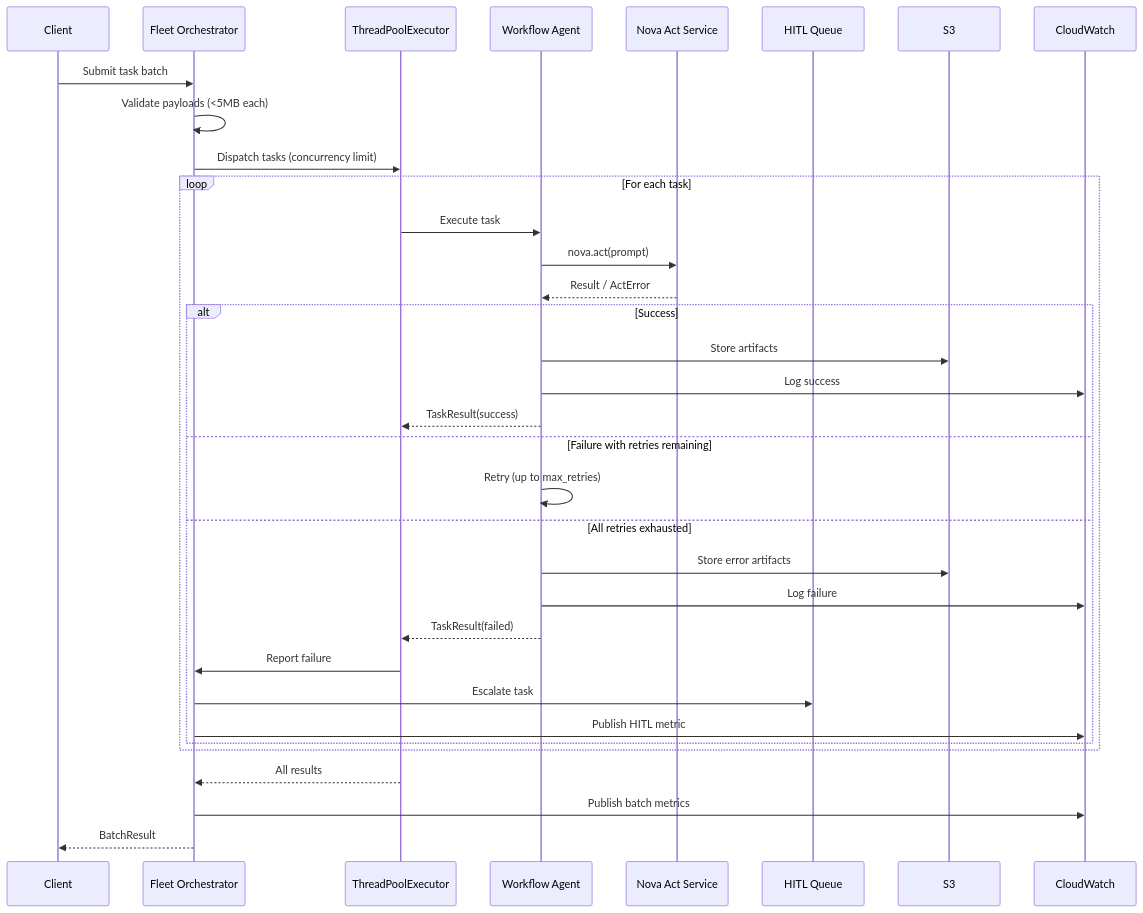
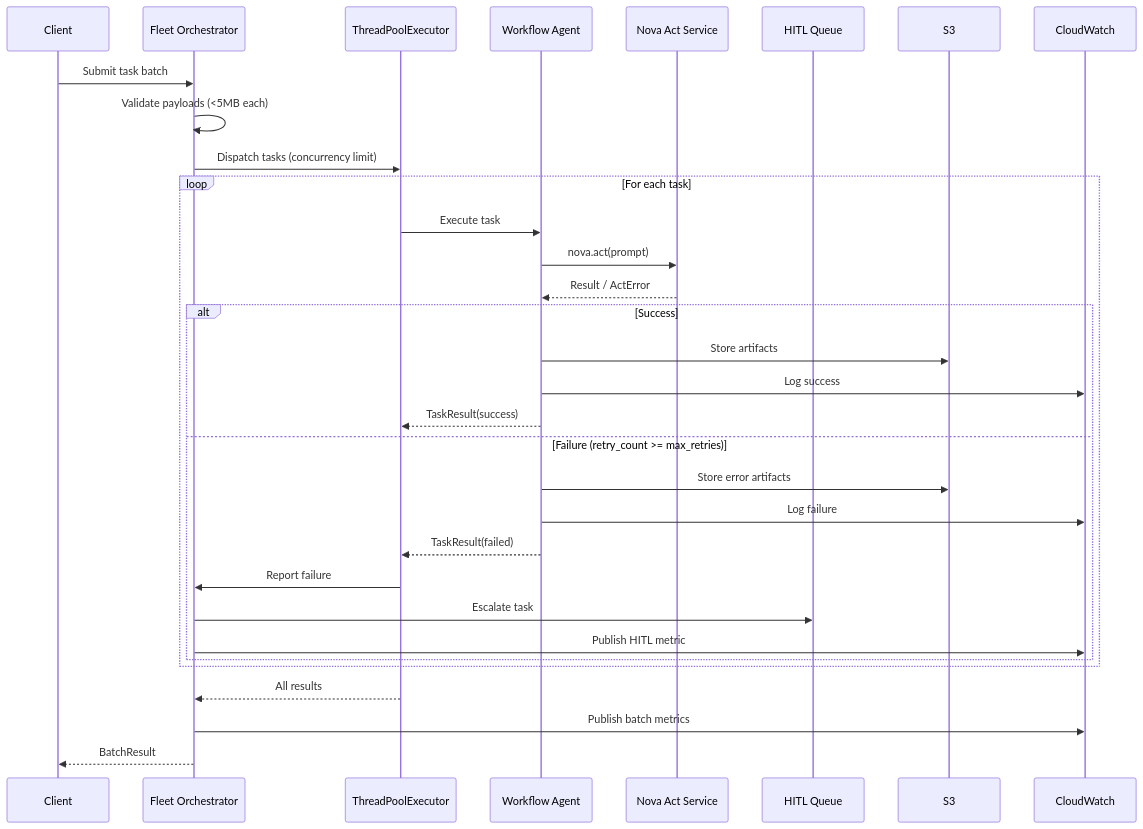
The third of 4 diagrams in docs/architecture.md (aws-samples/sample-nova-act-fleet-ecs-fargate), drawn with Mermaid before and after one commit. The commit also changed other lines of this file and 24 other files, not shown here.

````diff
--- a/docs/architecture.md
+++ b/docs/architecture.md
@@ -108,37 +110,35 @@
 ```mermaid
 sequenceDiagram
     participant Client
     participant FO as Fleet Orchestrator
     participant Pool as ThreadPoolExecutor
     participant WA as Workflow Agent
     participant Nova as Nova Act Service
     participant HITL as HITL Queue
     participant S3
     participant CW as CloudWatch
 
     Client->>FO: Submit task batch
     FO->>FO: Validate payloads (<5MB each)
     FO->>Pool: Dispatch tasks (concurrency limit)
     loop For each task
         Pool->>WA: Execute task
         WA->>Nova: nova.act(prompt)
         Nova-->>WA: Result / ActError
         alt Success
             WA->>S3: Store artifacts
             WA->>CW: Log success
             WA-->>Pool: TaskResult(success)
-        else Failure with retries remaining
-            WA->>WA: Retry (up to max_retries)
-        else All retries exhausted
+        else Failure (retry_count >= max_retries)
             WA->>S3: Store error artifacts
             WA->>CW: Log failure
             WA-->>Pool: TaskResult(failed)
             Pool->>FO: Report failure
             FO->>HITL: Escalate task
             FO->>CW: Publish HITL metric
         end
     end
     Pool-->>FO: All results
     FO->>CW: Publish batch metrics
     FO-->>Client: BatchResult
 ```
````
